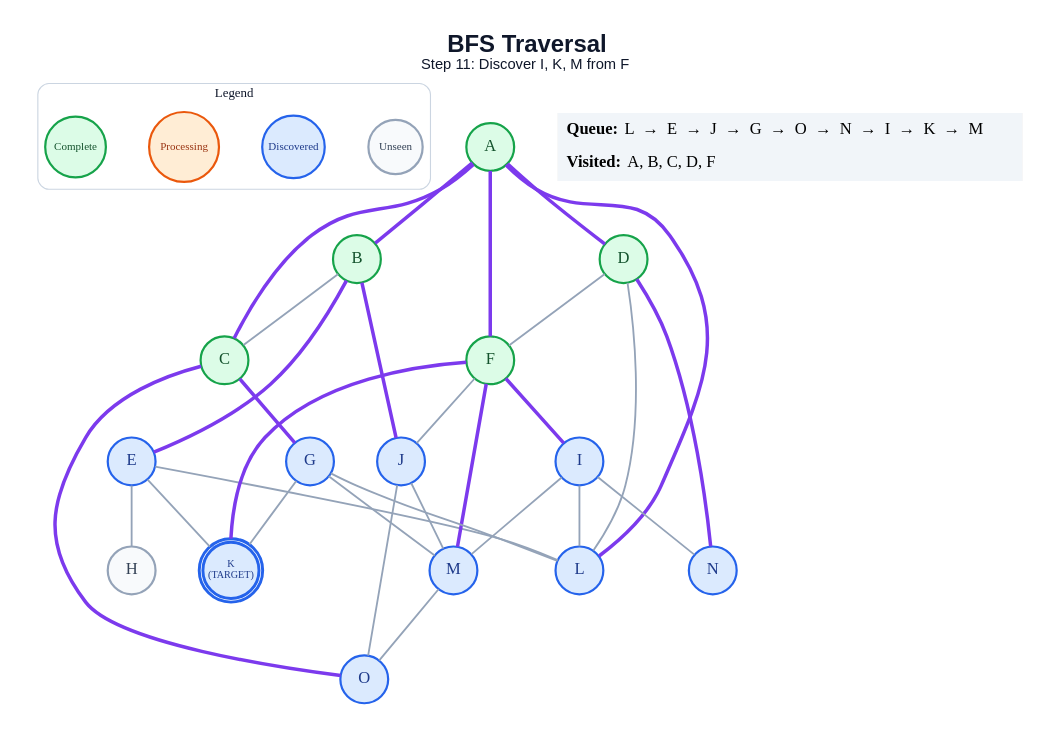
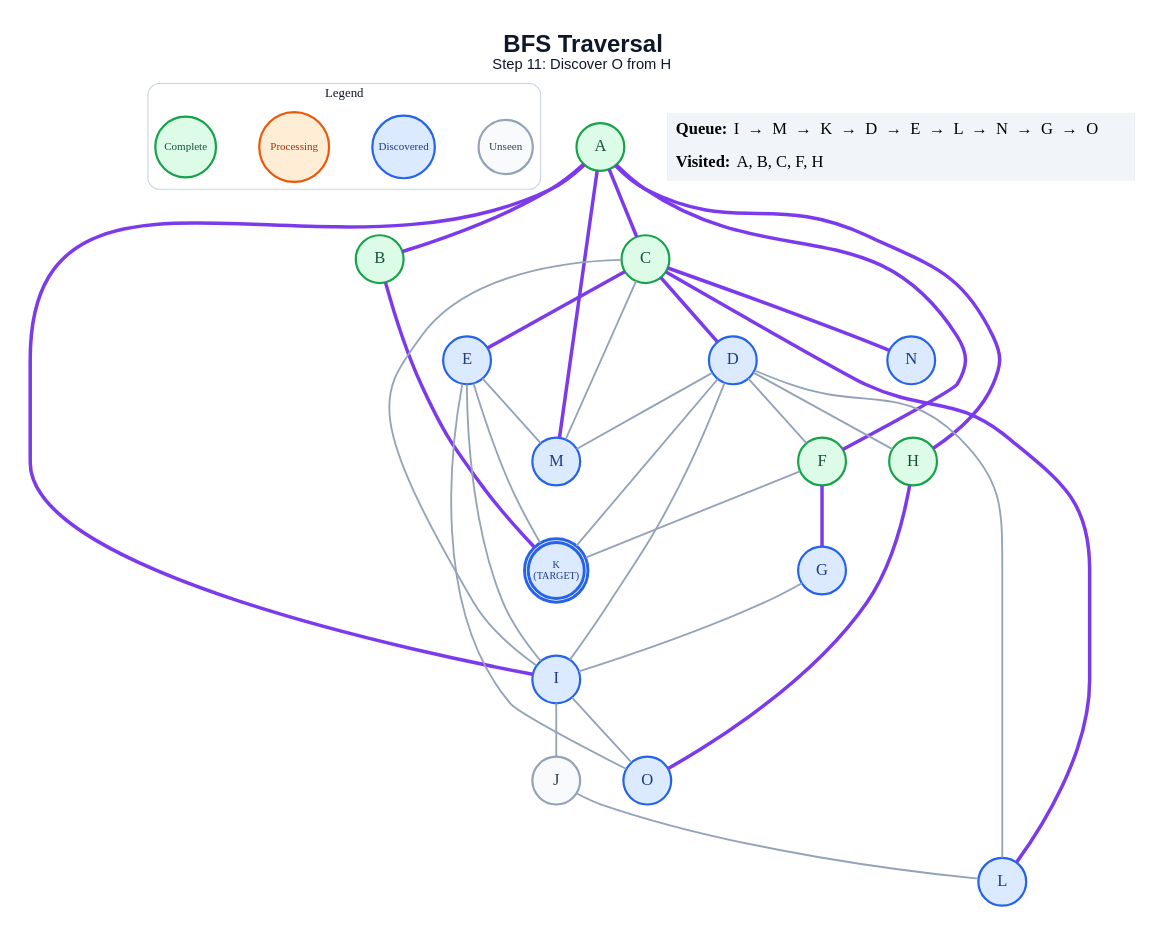
Before and after one commit to anon7238593-create/ai-slop: the diagram in generated/specific-node/bfs/step_11.dot, drawn with Graphviz. The commit also changed 217 other files, not shown here.

```diff
--- a/generated/specific-node/bfs/step_11.dot
+++ b/generated/specific-node/bfs/step_11.dot
@@ -1,63 +1,64 @@
 graph traversal {
   graph [layout=dot, rankdir=TB, bgcolor="#FFFFFF", pad="0.35", nodesep="0.65", ranksep="0.8", fontname="Arial"];
   node [shape=circle, style="filled", fontname="Arial Bold", fontsize=18, width=0.72, fixedsize=true, penwidth=2.4];
   edge [color="#94A3B8", penwidth=2.0];
-  label=<<B>BFS Traversal</B><BR/><FONT POINT-SIZE="16">Step 11: Discover I, K, M from F</FONT>>; labelloc="t"; fontsize=26; fontname="Arial"; fontcolor="#0F172A";
+  label=<<B>BFS Traversal</B><BR/><FONT POINT-SIZE="16">Step 11: Discover O from H</FONT>>; labelloc="t"; fontsize=26; fontname="Arial"; fontcolor="#0F172A";
   subgraph cluster_legend { label="Legend"; color="#CBD5E1"; penwidth=1.2; style="rounded"; fontsize=14; fontname="Arial Bold";
     key_unseen [label="Unseen", fillcolor="#F8FAFC", color="#94A3B8", fontcolor="#334155", fontsize=12, width=0.82];
     key_frontier [label="Discovered", fillcolor="#DBEAFE", color="#2563EB", fontcolor="#1E3A8A", fontsize=12, width=0.95];
     key_current [label="Processing", fillcolor="#FFEDD5", color="#EA580C", fontcolor="#9A3412", fontsize=12, width=1.05];
     key_done [label="Complete", fillcolor="#DCFCE7", color="#16A34A", fontcolor="#14532D", fontsize=12, width=0.92];
     { rank=same; key_unseen; key_frontier; key_current; key_done; }
   }
   A [label="A", fillcolor="#DCFCE7", color="#16A34A", fontcolor="#14532D", peripheries=1, penwidth=2.4];
   B [label="B", fillcolor="#DCFCE7", color="#16A34A", fontcolor="#14532D", peripheries=1, penwidth=2.4];
   C [label="C", fillcolor="#DCFCE7", color="#16A34A", fontcolor="#14532D", peripheries=1, penwidth=2.4];
-  D [label="D", fillcolor="#DCFCE7", color="#16A34A", fontcolor="#14532D", peripheries=1, penwidth=2.4];
+  D [label="D", fillcolor="#DBEAFE", color="#2563EB", fontcolor="#1E3A8A", peripheries=1, penwidth=2.4];
   E [label="E", fillcolor="#DBEAFE", color="#2563EB", fontcolor="#1E3A8A", peripheries=1, penwidth=2.4];
   F [label="F", fillcolor="#DCFCE7", color="#16A34A", fontcolor="#14532D", peripheries=1, penwidth=2.4];
   G [label="G", fillcolor="#DBEAFE", color="#2563EB", fontcolor="#1E3A8A", peripheries=1, penwidth=2.4];
-  H [label="H", fillcolor="#F8FAFC", color="#94A3B8", fontcolor="#334155", peripheries=1, penwidth=2.4];
+  H [label="H", fillcolor="#DCFCE7", color="#16A34A", fontcolor="#14532D", peripheries=1, penwidth=2.4];
   I [label="I", fillcolor="#DBEAFE", color="#2563EB", fontcolor="#1E3A8A", peripheries=1, penwidth=2.4];
-  J [label="J", fillcolor="#DBEAFE", color="#2563EB", fontcolor="#1E3A8A", peripheries=1, penwidth=2.4];
+  J [label="J", fillcolor="#F8FAFC", color="#94A3B8", fontcolor="#334155", peripheries=1, penwidth=2.4];
   K [label="K\n(TARGET)", fillcolor="#DBEAFE", color="#2563EB", fontcolor="#1E3A8A", peripheries=2, penwidth=3.2, fontsize=11, width=0.85, height=0.85];
   L [label="L", fillcolor="#DBEAFE", color="#2563EB", fontcolor="#1E3A8A", peripheries=1, penwidth=2.4];
   M [label="M", fillcolor="#DBEAFE", color="#2563EB", fontcolor="#1E3A8A", peripheries=1, penwidth=2.4];
   N [label="N", fillcolor="#DBEAFE", color="#2563EB", fontcolor="#1E3A8A", peripheries=1, penwidth=2.4];
   O [label="O", fillcolor="#DBEAFE", color="#2563EB", fontcolor="#1E3A8A", peripheries=1, penwidth=2.4];
   A -- B [color="#7C3AED", penwidth=3.8];
   A -- C [color="#7C3AED", penwidth=3.8];
-  A -- D [color="#7C3AED", penwidth=3.8];
   A -- F [color="#7C3AED", penwidth=3.8];
-  A -- L [color="#7C3AED", penwidth=3.8];
-  B -- C;
-  B -- E [color="#7C3AED", penwidth=3.8];
-  B -- J [color="#7C3AED", penwidth=3.8];
-  C -- G [color="#7C3AED", penwidth=3.8];
-  C -- O [color="#7C3AED", penwidth=3.8];
+  A -- H [color="#7C3AED", penwidth=3.8];
+  A -- I [color="#7C3AED", penwidth=3.8];
+  A -- M [color="#7C3AED", penwidth=3.8];
+  B -- K [color="#7C3AED", penwidth=3.8];
+  C -- D [color="#7C3AED", penwidth=3.8];
+  C -- E [color="#7C3AED", penwidth=3.8];
+  C -- I;
+  C -- L [color="#7C3AED", penwidth=3.8];
+  C -- M;
+  C -- N [color="#7C3AED", penwidth=3.8];
   D -- F;
+  D -- H;
+  D -- I;
+  D -- K;
   D -- L;
-  D -- N [color="#7C3AED", penwidth=3.8];
-  E -- H;
+  D -- M;
+  E -- I;
   E -- K;
-  E -- L;
-  F -- I [color="#7C3AED", penwidth=3.8];
-  F -- J;
-  F -- K [color="#7C3AED", penwidth=3.8];
-  F -- M [color="#7C3AED", penwidth=3.8];
-  G -- K;
-  G -- L;
-  G -- M;
-  I -- L;
-  I -- M;
-  I -- N;
-  J -- M;
-  J -- O;
-  M -- O;
+  E -- M;
+  E -- O;
+  F -- G [color="#7C3AED", penwidth=3.8];
+  F -- K;
+  G -- I;
+  H -- O [color="#7C3AED", penwidth=3.8];
+  I -- J;
+  I -- O;
+  J -- L;
   status [shape=plain, fixedsize=false, width=0, height=0, margin=0, label=<
     <TABLE BORDER="0" CELLBORDER="0" CELLPADDING="7" BGCOLOR="#F1F5F9">
-      <TR><TD ALIGN="LEFT"><B>Queue:</B> L  →  E  →  J  →  G  →  O  →  N  →  I  →  K  →  M</TD></TR>
-      <TR><TD ALIGN="LEFT"><B>Visited:</B> A, B, C, D, F</TD></TR>
+      <TR><TD ALIGN="LEFT"><B>Queue:</B> I  →  M  →  K  →  D  →  E  →  L  →  N  →  G  →  O</TD></TR>
+      <TR><TD ALIGN="LEFT"><B>Visited:</B> A, B, C, F, H</TD></TR>
     </TABLE>
   >];
 }
```
